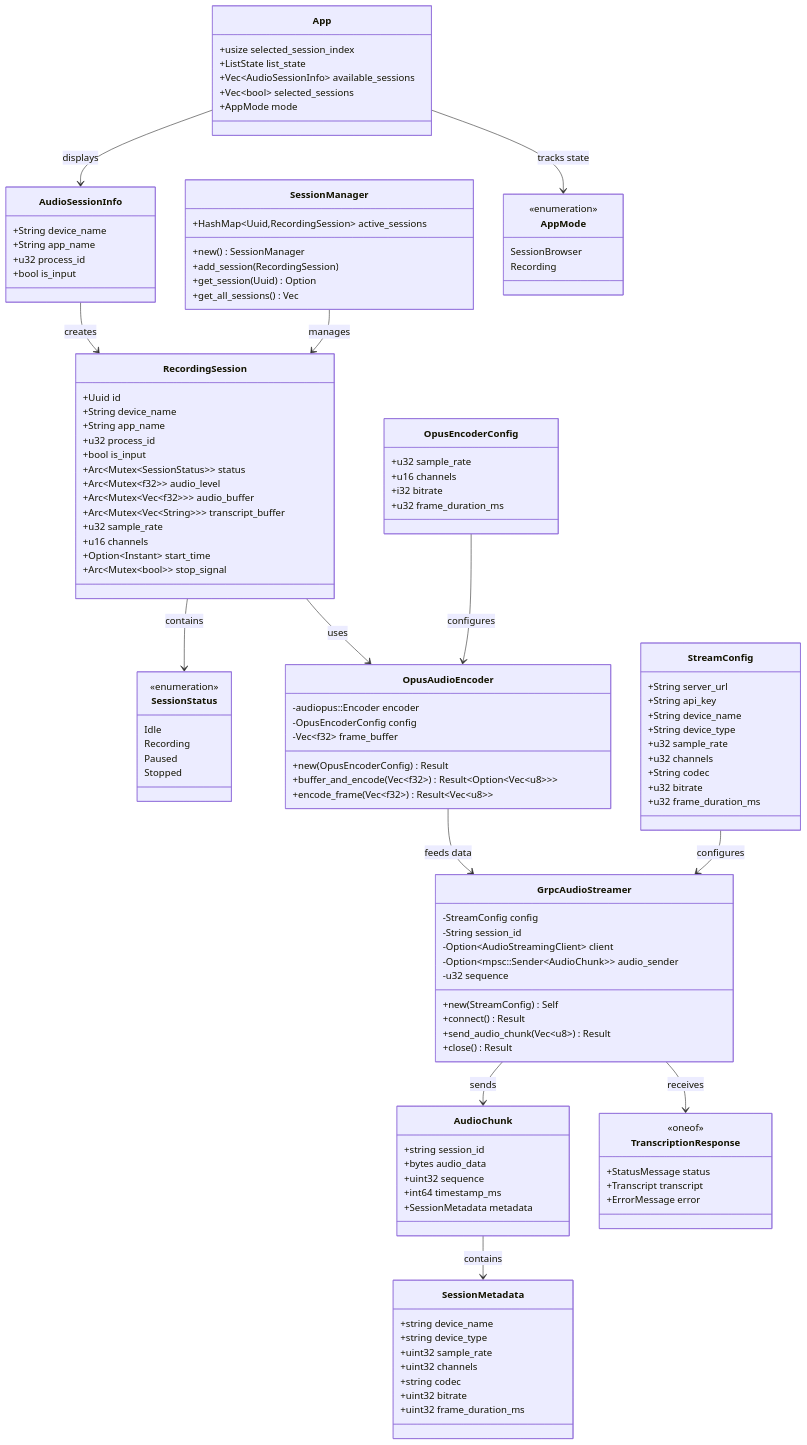
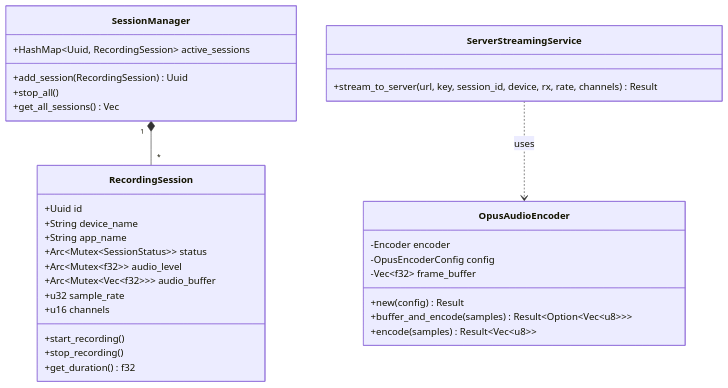
One commit to RekunDzmitry/voice_bird_desktop changed the third of 6 diagrams in DEPENDENCIES.md. Above: the diagram before and after it, drawn with Mermaid. The commit also changed other lines of this file and 15 other files, not shown here.

Commit message:
prepare for streaming to websocket of a server

````diff
--- a/DEPENDENCIES.md
+++ b/DEPENDENCIES.md
@@ -145,133 +125,39 @@
 ```mermaid
 classDiagram
-    class AudioSessionInfo {
-        +String device_name
-        +String app_name
-        +u32 process_id
-        +bool is_input
-    }
-
     class RecordingSession {
         +Uuid id
         +String device_name
         +String app_name
-        +u32 process_id
-        +bool is_input
         +Arc~Mutex~SessionStatus~~ status
         +Arc~Mutex~f32~~ audio_level
         +Arc~Mutex~Vec~f32~~~ audio_buffer
-        +Arc~Mutex~Vec~String~~~ transcript_buffer
         +u32 sample_rate
         +u16 channels
-        +Option~Instant~ start_time
-        +Arc~Mutex~bool~~ stop_signal
-    }
-
-    class SessionStatus {
-        <<enumeration>>
-        Idle
-        Recording
-        Paused
-        Stopped
+        +start_recording()
+        +stop_recording()
+        +get_duration() f32
     }
 
     class SessionManager {
-        +HashMap~Uuid,RecordingSession~ active_sessions
-        +new() SessionManager
-        +add_session(RecordingSession)
-        +get_session(Uuid) Option
+        +HashMap~Uuid, RecordingSession~ active_sessions
+        +add_session(RecordingSession) Uuid
+        +stop_all()
         +get_all_sessions() Vec
     }
 
-    class OpusEncoderConfig {
-        +u32 sample_rate
-        +u16 channels
-        +i32 bitrate
-        +u32 frame_duration_ms
+    class OpusAudioEncoder {
+        -Encoder encoder
+        -OpusEncoderConfig config
+        -Vec~f32~ frame_buffer
+        +new(config) Result
+        +buffer_and_encode(samples) Result~Option~Vec~u8~~~
+        +encode(samples) Result~Vec~u8~~
     }
 
-    class OpusAudioEncoder {
-        -audiopus::Encoder encoder
-        -OpusEncoderConfig config
-        -Vec~f32~ frame_buffer
-        +new(OpusEncoderConfig) Result
-        +buffer_and_encode(Vec~f32~) Result~Option~Vec~u8~~~
-        +encode_frame(Vec~f32~) Result~Vec~u8~~
+    class ServerStreamingService {
+        +stream_to_server(url, key, session_id, device, rx, rate, channels) Result
     }
 
-    class StreamConfig {
-        +String server_url
-        +String api_key
-        +String device_name
-        +String device_type
-        +u32 sample_rate
-        +u32 channels
-        +String codec
-        +u32 bitrate
-        +u32 frame_duration_ms
-    }
-
-    class GrpcAudioStreamer {
-        -StreamConfig config
-        -String session_id
-        -Option~AudioStreamingClient~ client
-        -Option~mpsc::Sender~AudioChunk~~ audio_sender
-        -u32 sequence
-        +new(StreamConfig) Self
-        +connect() Result
-        +send_audio_chunk(Vec~u8~) Result
-        +close() Result
-    }
-
-    class AudioChunk {
-        +string session_id
-        +bytes audio_data
-        +uint32 sequence
-        +int64 timestamp_ms
-        +SessionMetadata metadata
-    }
-
-    class SessionMetadata {
-        +string device_name
-        +string device_type
-        +uint32 sample_rate
-        +uint32 channels
-        +string codec
-        +uint32 bitrate
-        +uint32 frame_duration_ms
-    }
-
-    class TranscriptionResponse {
-        <<oneof>>
-        +StatusMessage status
-        +Transcript transcript
-        +ErrorMessage error
-    }
-
-    class App {
-        +usize selected_session_index
-        +ListState list_state
-        +Vec~AudioSessionInfo~ available_sessions
-        +Vec~bool~ selected_sessions
-        +AppMode mode
-    }
-
-    class AppMode {
-        <<enumeration>>
-        SessionBrowser
-        Recording
-    }
-
-    AudioSessionInfo --> RecordingSession : creates
-    RecordingSession --> SessionStatus : contains
-    SessionManager --> RecordingSession : manages
-    RecordingSession --> OpusAudioEncoder : uses
-    OpusEncoderConfig --> OpusAudioEncoder : configures
-    OpusAudioEncoder --> GrpcAudioStreamer : feeds data
-    StreamConfig --> GrpcAudioStreamer : configures
-    GrpcAudioStreamer --> AudioChunk : sends
-    AudioChunk --> SessionMetadata : contains
-    GrpcAudioStreamer --> TranscriptionResponse : receives
-    App --> AudioSessionInfo : displays
-    App --> AppMode : tracks state
+    SessionManager "1" *-- "*" RecordingSession
+    ServerStreamingService ..> OpusAudioEncoder : uses
 ```
````
